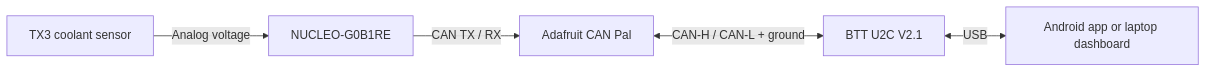
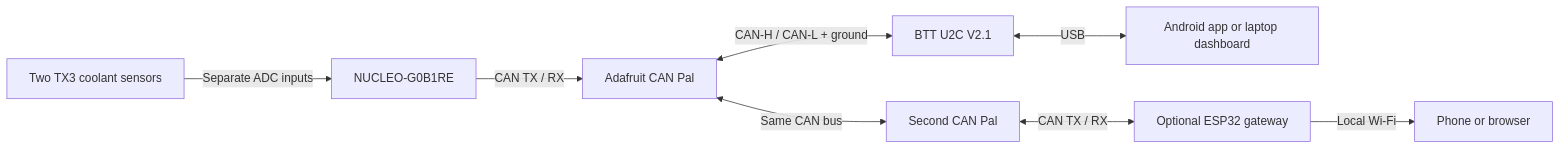
One commit to nayman898/van-canbus changed the diagram in README.md. Above: the diagram before and after it, drawn with Mermaid. The commit also changed other lines of this file and 19 other files, not shown here.

````diff
--- a/README.md
+++ b/README.md
@@ -32,7 +36,10 @@
 ```mermaid
 flowchart LR
-    TX3[TX3 coolant sensor] -->|Analog voltage| MCU[NUCLEO-G0B1RE]
+    TX3[Two TX3 coolant sensors] -->|Separate ADC inputs| MCU[NUCLEO-G0B1RE]
     MCU -->|CAN TX / RX| PAL[Adafruit CAN Pal]
     PAL <-->|CAN-H / CAN-L + ground| U2C[BTT U2C V2.1]
     U2C <-->|USB| HOST[Android app or laptop dashboard]
+    PAL <-->|Same CAN bus| WPAL[Second CAN Pal]
+    WPAL <-->|CAN TX / RX| ESP[Optional ESP32 gateway]
+    ESP -->|Local Wi-Fi| WEB[Phone or browser]
 ```
````
